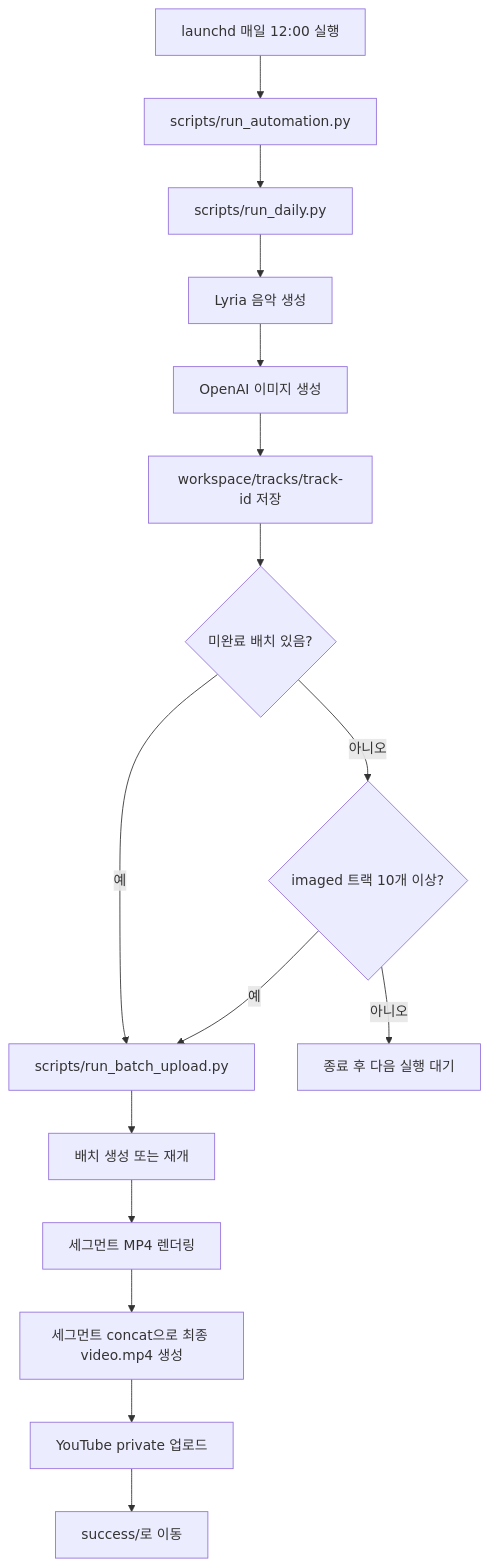
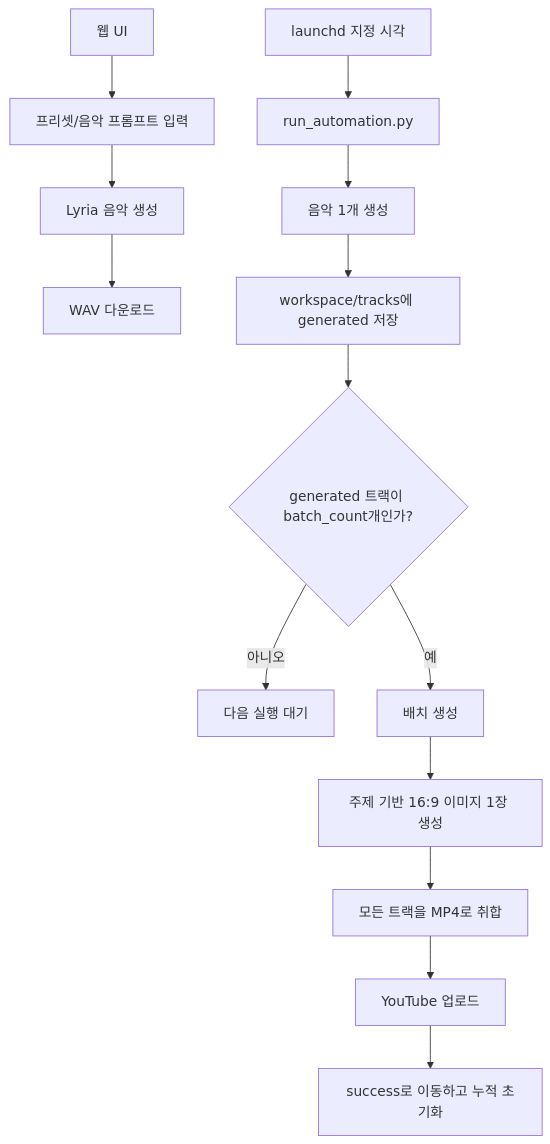
The diagram in docs/program-guide.md (ddonggi/autoMusic), drawn with Mermaid before and after one commit. The commit also changed other lines of this file and 45 other files, not shown here.

````diff
--- a/docs/program-guide.md
+++ b/docs/program-guide.md
@@ -98,18 +8,16 @@
 ```mermaid
 flowchart TD
-    A[launchd 매일 12:00 실행] --> B[scripts/run_automation.py]
-    B --> C[scripts/run_daily.py]
-    C --> D[Lyria 음악 생성]
-    D --> E[OpenAI 이미지 생성]
-    E --> F[workspace/tracks/track-id 저장]
-    F --> G{미완료 배치 있음?}
-    G -- 예 --> H[scripts/run_batch_upload.py]
-    G -- 아니오 --> I{imaged 트랙 10개 이상?}
-    I -- 아니오 --> J[종료 후 다음 실행 대기]
-    I -- 예 --> H
-    H --> K[배치 생성 또는 재개]
-    K --> L[세그먼트 MP4 렌더링]
-    L --> M[세그먼트 concat으로 최종 video.mp4 생성]
-    M --> N[YouTube private 업로드]
-    N --> O[success/로 이동]
+    A[웹 UI] --> B[프리셋/음악 프롬프트 입력]
+    B --> C[Lyria 음악 생성]
+    C --> D[WAV 다운로드]
+    E[launchd 지정 시각] --> F[run_automation.py]
+    F --> G[음악 1개 생성]
+    G --> H[workspace/tracks에 generated 저장]
+    H --> I{generated 트랙이 batch_count개인가?}
+    I -- 아니오 --> J[다음 실행 대기]
+    I -- 예 --> K[배치 생성]
+    K --> L[주제 기반 16:9 이미지 1장 생성]
+    L --> M[모든 트랙을 MP4로 취합]
+    M --> N[YouTube 업로드]
+    N --> O[success로 이동하고 누적 초기화]
 ```
````
